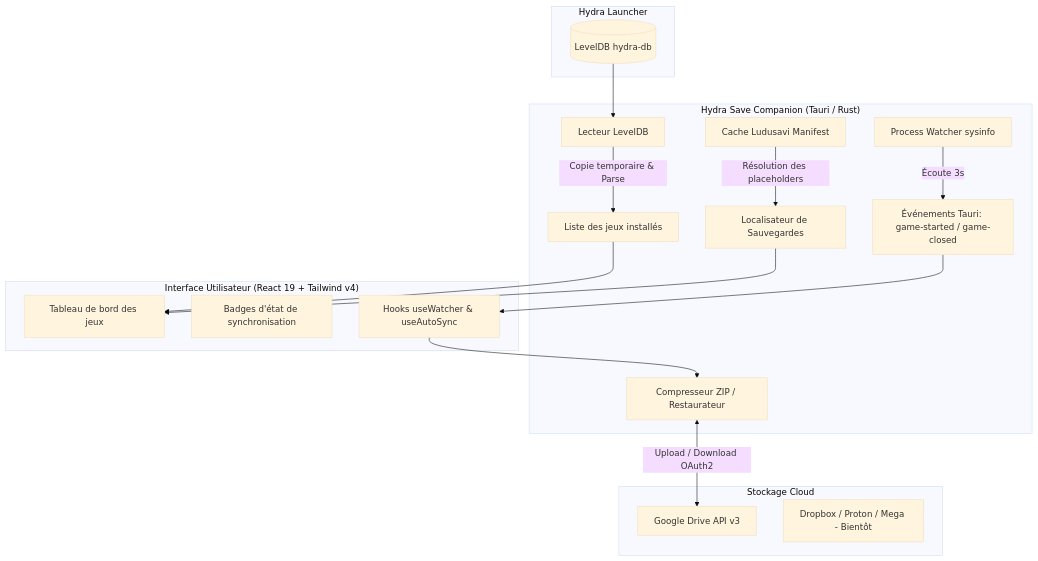
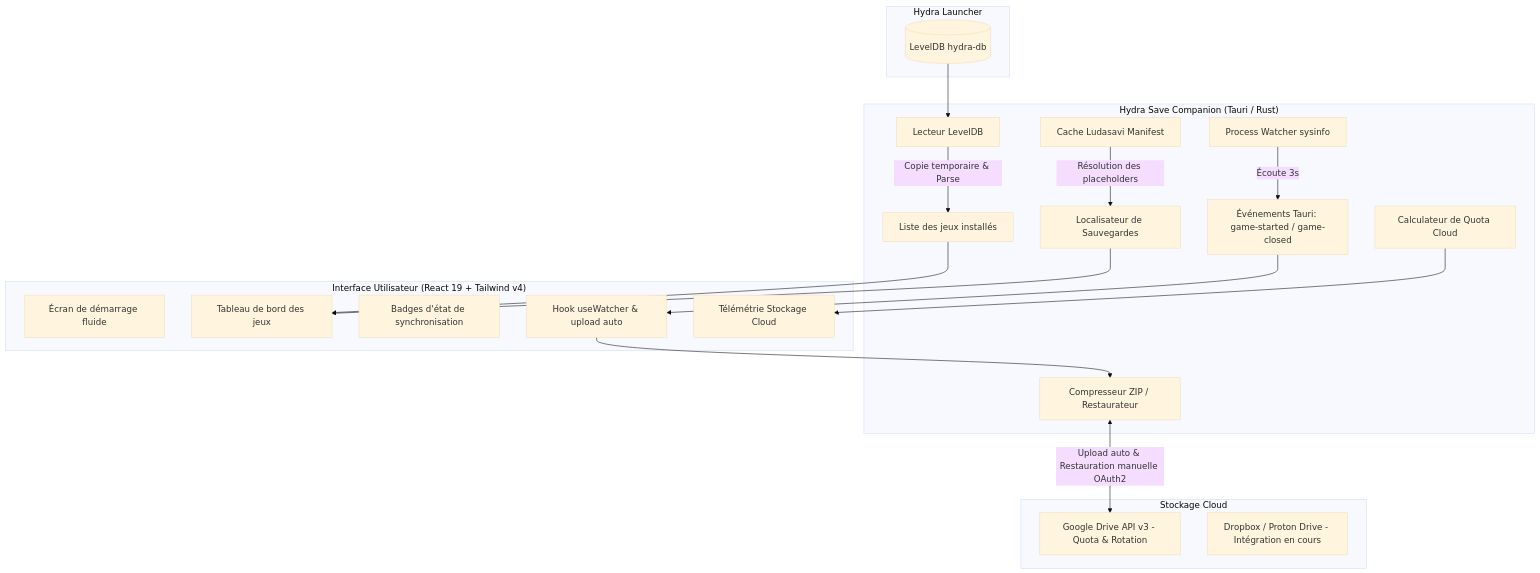
Before and after one commit to nathanlgn62/hydra-save-companion: the diagram in README.md, drawn with Mermaid (base theme). The commit also changed other lines of this file, not shown here.

Commit message:
fix: correct spelling of 'Ludusavi' in README and enhance cloud synchronization features

````diff
--- a/README.md
+++ b/README.md
@@ -70,31 +73,35 @@
 ```mermaid
 flowchart TD
     subgraph Hydra ["Hydra Launcher"]
         DB[(LevelDB hydra-db)]
     end
 
     subgraph HSC_Core ["Hydra Save Companion (Tauri / Rust)"]
         Scanner[Lecteur LevelDB] -->|Copie temporaire & Parse| GamesList[Liste des jeux installés]
-        Manifest[Cache Ludusavi Manifest] -->|Résolution des placeholders| SaveResolver[Localisateur de Sauvegardes]
+        Manifest[Cache Ludasavi Manifest] -->|Résolution des placeholders| SaveResolver[Localisateur de Sauvegardes]
         Watcher[Process Watcher sysinfo] -->|Écoute 3s| Events[Événements Tauri: game-started / game-closed]
         Archiver[Compresseur ZIP / Restaurateur]
+        StorageChecker[Calculateur de Quota Cloud]
     end
 
     subgraph HSC_UI ["Interface Utilisateur (React 19 + Tailwind v4)"]
+        SplashScreen[Écran de démarrage fluide]
         Dashboard[Tableau de bord des jeux]
         Badges[Badges d'état de synchronisation]
-        AutoSyncHook[Hooks useWatcher & useAutoSync]
+        WatcherHook[Hook useWatcher & upload auto]
+        Footer[Télémétrie Stockage Cloud]
     end
 
     subgraph CloudStorage ["Stockage Cloud"]
-        GDrive[Google Drive API v3]
-        Others[Dropbox / Proton / Mega - Bientôt]
+        GDrive[Google Drive API v3 - Quota & Rotation]
+        Others[Dropbox / Proton Drive - Intégration en cours]
     end
 
     DB --> Scanner
     GamesList --> Dashboard
     SaveResolver --> Dashboard
-    Events --> AutoSyncHook
-    AutoSyncHook --> Archiver
-    Archiver <-->|Upload / Download OAuth2| GDrive
+    Events --> WatcherHook
+    WatcherHook --> Archiver
+    Archiver <-->|Upload auto & Restauration manuelle OAuth2| GDrive
+    StorageChecker --> Footer
 ```
````
